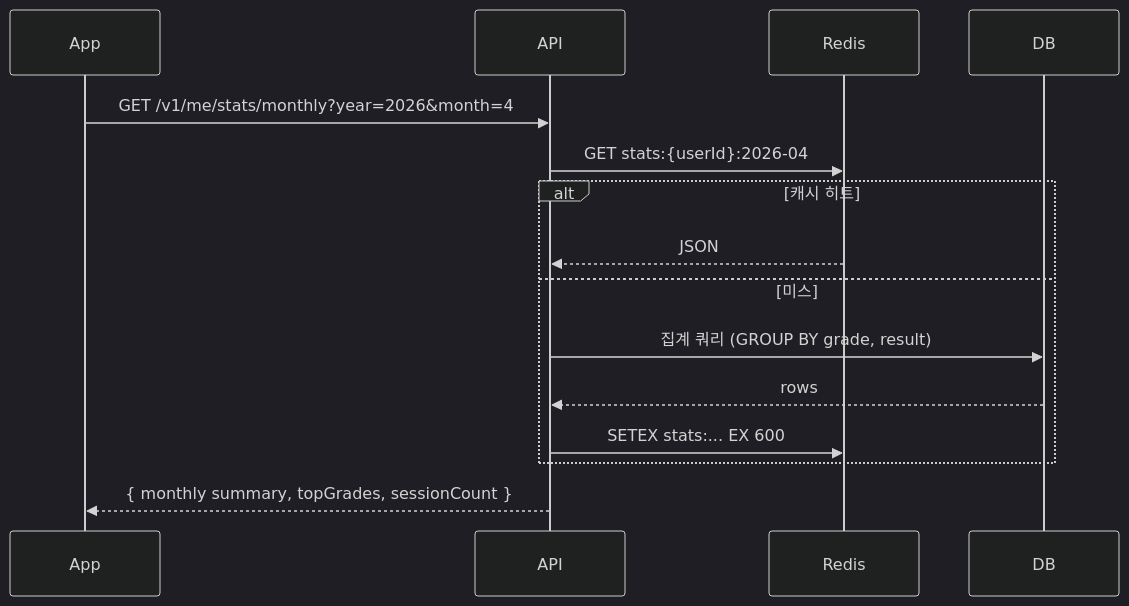
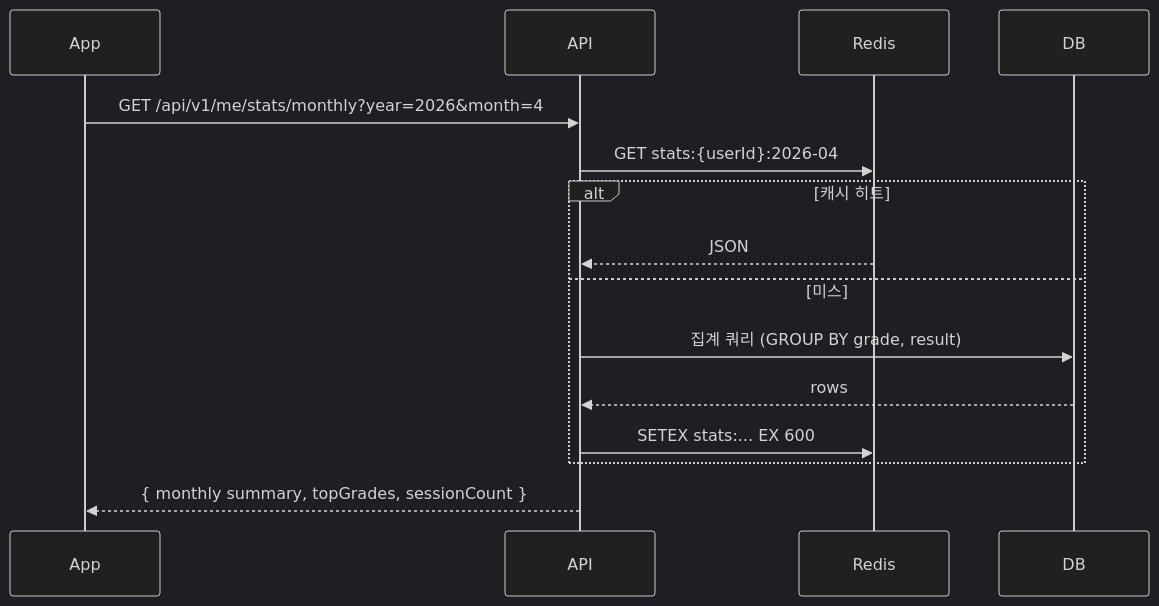
One commit to theo-ooooo/crimp changed the fourth of 4 diagrams in docs/설계/sequence/session-log.md. Above: the diagram before and after it, drawn with Mermaid (dark theme). The commit also changed other lines of this file and 5 other files, not shown here.

````diff
--- a/docs/설계/sequence/session-log.md
+++ b/docs/설계/sequence/session-log.md
@@ -96,18 +96,18 @@
 ```mermaid
 sequenceDiagram
     participant App
     participant API
     participant Redis
     participant DB
 
-    App->>API: GET /v1/me/stats/monthly?year=2026&month=4
+    App->>API: GET /api/v1/me/stats/monthly?year=2026&month=4
     API->>Redis: GET stats:{userId}:2026-04
     alt 캐시 히트
         Redis-->>API: JSON
     else 미스
         API->>DB: 집계 쿼리 (GROUP BY grade, result)
         DB-->>API: rows
         API->>Redis: SETEX stats:... EX 600
     end
     API-->>App: { monthly summary, topGrades, sessionCount }
 ```
````
